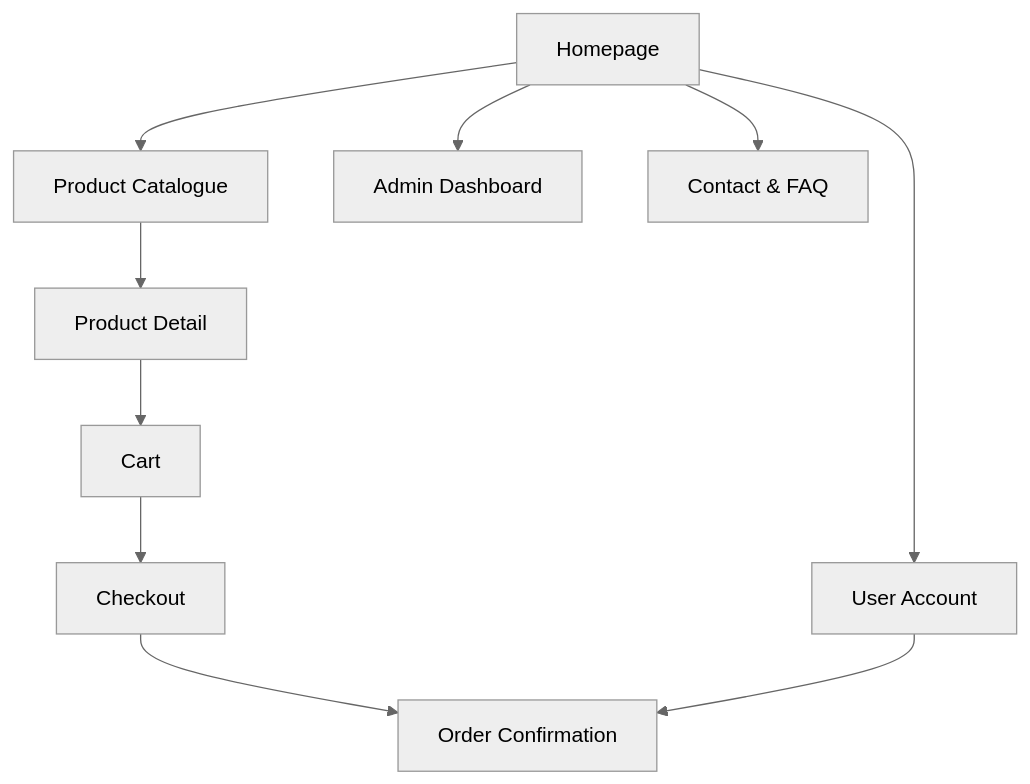
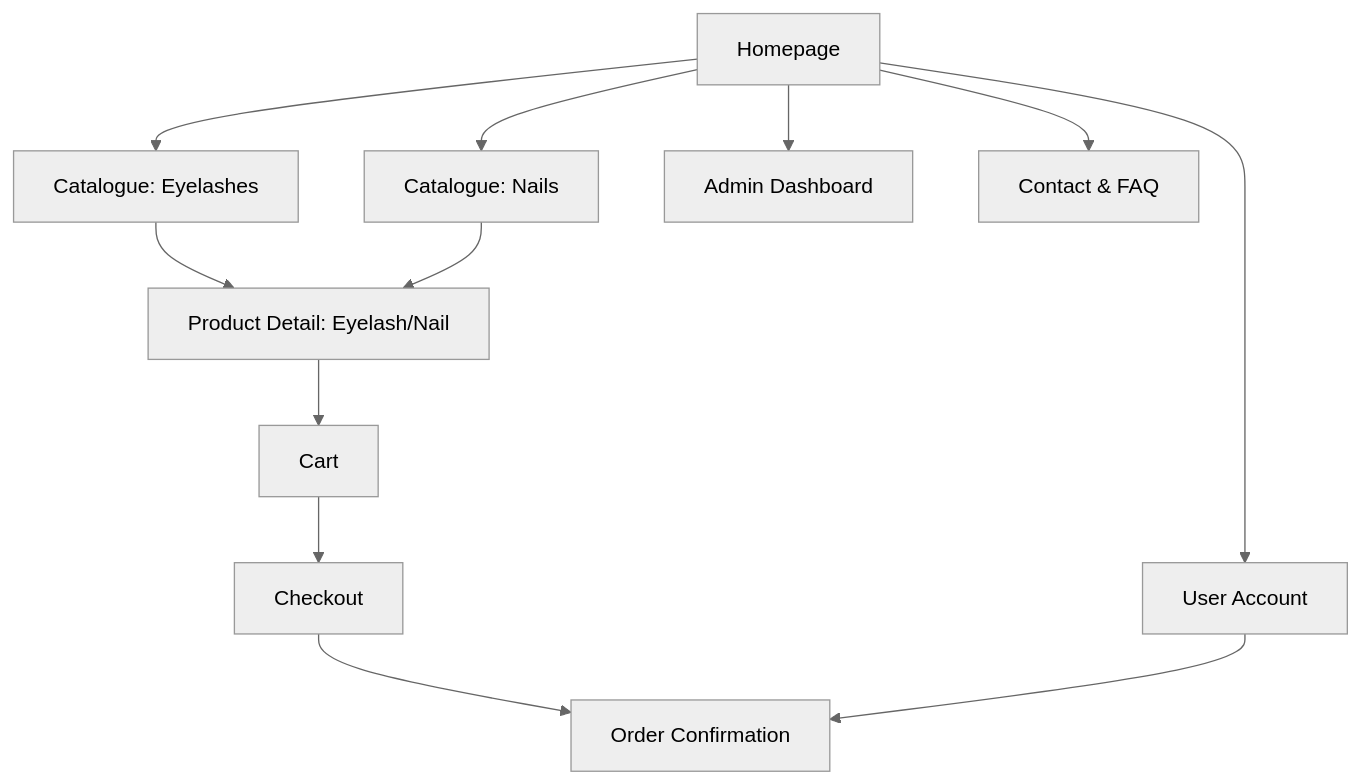
The diagram in specs/product-spec.md (misterfitzy/false-eyelash-store), drawn with Mermaid (neutral theme) before and after one commit. The commit also changed other lines of this file, not shown here.

Commit message:
Expand product specification to include false nails as a main category alongside false eyelashes.

````diff
--- a/specs/product-spec.md
+++ b/specs/product-spec.md
@@ -58,22 +62,25 @@
 ```mermaid
 graph TD
   A[Homepage]
-  B[Product Catalogue]
-  C[Product Detail]
+  B[Catalogue: Eyelashes]
+  B2[Catalogue: Nails]
+  C[Product Detail: Eyelash/Nail]
   D[Cart]
   E[Checkout]
   F[Order Confirmation]
   G[User Account]
   H[Admin Dashboard]
   I[Contact & FAQ]
 
   A --> B
+  A --> B2
   B --> C
+  B2 --> C
   C --> D
   D --> E
   E --> F
   A --> G
   A --> I
   G --> F
   A --> H
 ```
````
